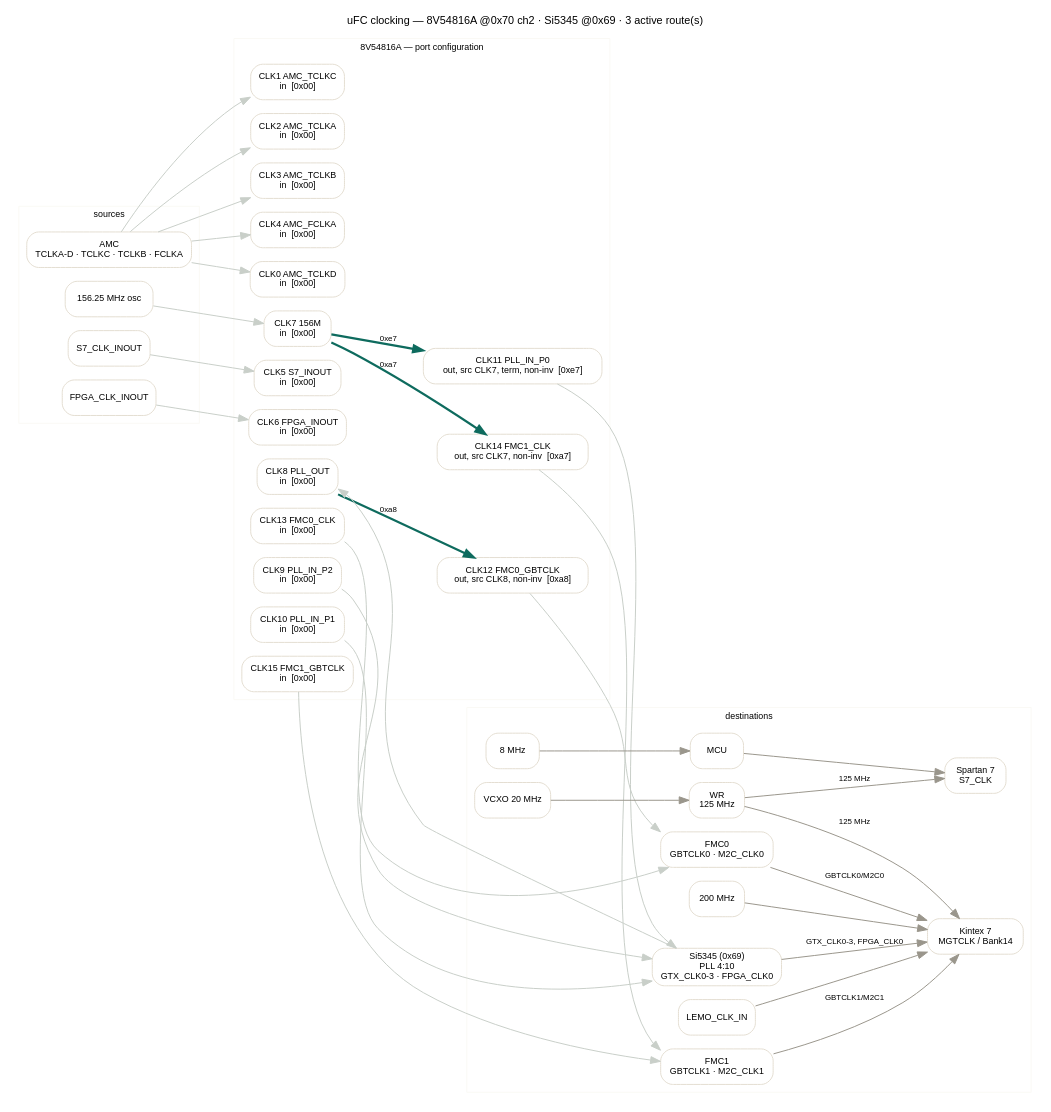
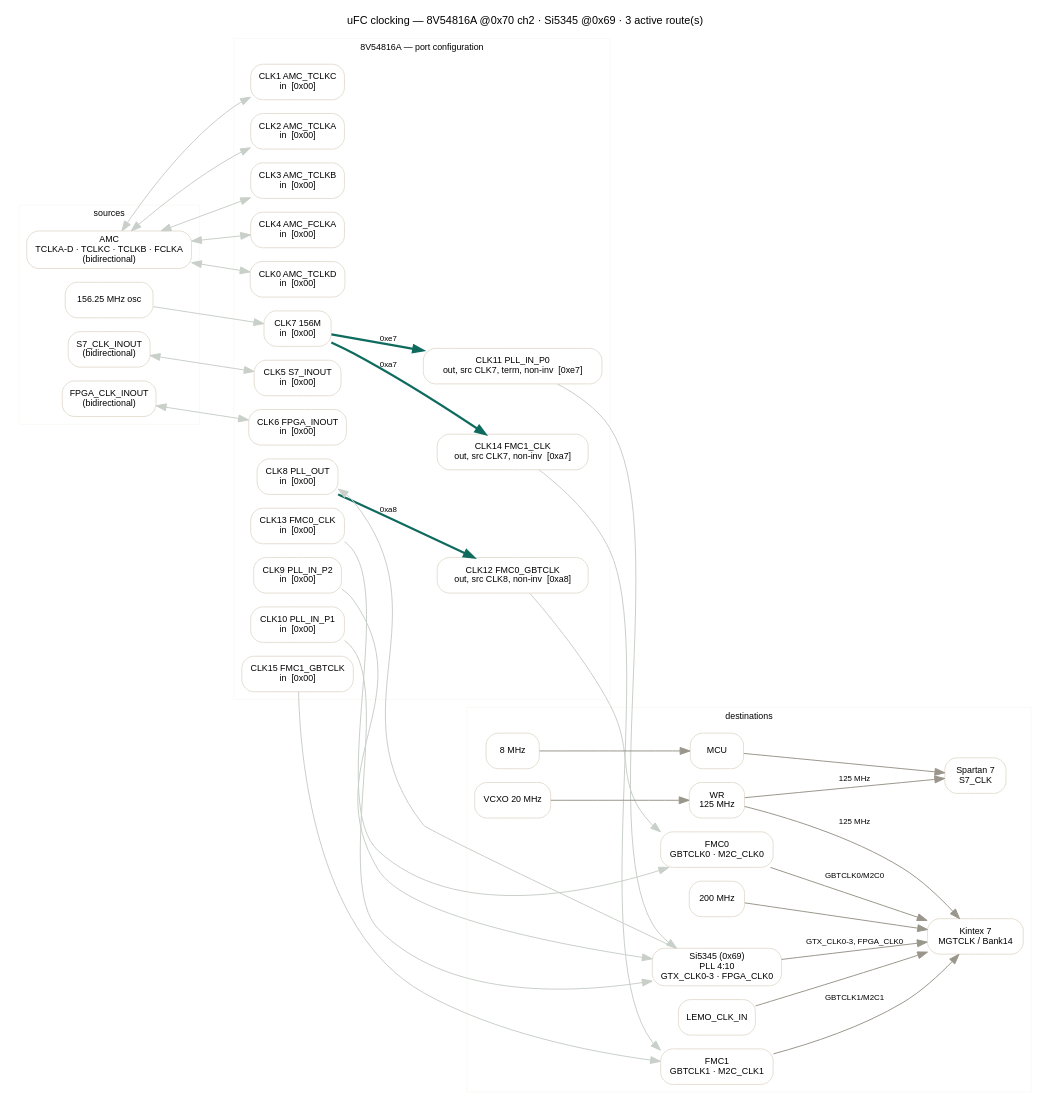
Before and after one commit to palzhj/openMMC_uFC: the diagram in docs/clocking.dot, drawn with Graphviz. The commit also changed 4 other files, not shown here.

First line of the commit message:
clock: AMC TCLK/FCLK and S7/FPGA_INOUT are bidirectional

```diff
--- a/docs/clocking.dot
+++ b/docs/clocking.dot
@@ -1,86 +1,91 @@
 digraph clocking {
   rankdir=LR;
   graph [fontname="Helvetica", nodesep=0.2, ranksep=0.7, compound=true,         label="uFC clocking — 8V54816A @0x70 ch2 · Si5345 @0x69 · 3 active route(s)",         labelloc="t", fontsize=11];
   node [shape=box, style="rounded,filled", fillcolor="#FFFFFF",
         color="#E4DED2", fontname="Helvetica", fontsize=9];
   edge [color="#9A968C", fontname="Helvetica", fontsize=8];
   subgraph cluster_src { label="sources"; fontsize=9; color="#FAF9F5";
     AMC [label="AMC
-TCLKA-D · TCLKC · TCLKB · FCLKA"]; OSC [label="156.25 MHz osc"];
-    S7IN [label="S7_CLK_INOUT"]; FPGAIN [label="FPGA_CLK_INOUT"]; }
+TCLKA-D · TCLKC · TCLKB · FCLKA
+(bidirectional)"];
+    OSC [label="156.25 MHz osc"];
+    S7IN [label="S7_CLK_INOUT
+(bidirectional)"];
+    FPGAIN [label="FPGA_CLK_INOUT
+(bidirectional)"]; }
   subgraph cluster_mux { label="8V54816A — port configuration";
         fontsize=9; color="#FAF9F5";
     n0 [label="CLK0 AMC_TCLKD
 in  [0x00]"];
     n1 [label="CLK1 AMC_TCLKC
 in  [0x00]"];
     n2 [label="CLK2 AMC_TCLKA
 in  [0x00]"];
     n3 [label="CLK3 AMC_TCLKB
 in  [0x00]"];
     n4 [label="CLK4 AMC_FCLKA
 in  [0x00]"];
     n5 [label="CLK5 S7_INOUT
 in  [0x00]"];
     n6 [label="CLK6 FPGA_INOUT
 in  [0x00]"];
     n7 [label="CLK7 156M
 in  [0x00]"];
     n8 [label="CLK8 PLL_OUT
 in  [0x00]"];
     n9 [label="CLK9 PLL_IN_P2
 in  [0x00]"];
     n10 [label="CLK10 PLL_IN_P1
 in  [0x00]"];
     n11 [label="CLK11 PLL_IN_P0
 out, src CLK7, term, non-inv  [0xe7]"];
     n12 [label="CLK12 FMC0_GBTCLK
 out, src CLK8, non-inv  [0xa8]"];
     n13 [label="CLK13 FMC0_CLK
 in  [0x00]"];
     n14 [label="CLK14 FMC1_CLK
 out, src CLK7, non-inv  [0xa7]"];
     n15 [label="CLK15 FMC1_GBTCLK
 in  [0x00]"];
   }
   subgraph cluster_dst { label="destinations"; fontsize=9; color="#FAF9F5";
     SI [label="Si5345 (0x69)
 PLL 4:10
 GTX_CLK0-3 · FPGA_CLK0"];
     FMC0 [label="FMC0
 GBTCLK0 · M2C_CLK0"];
     FMC1 [label="FMC1
 GBTCLK1 · M2C_CLK1"];
     S7 [label="Spartan 7
 S7_CLK"]; K7 [label="Kintex 7
 MGTCLK / Bank14"];
     WR [label="WR
 125 MHz"];
     VCXO [label="VCXO 20 MHz"]; OSC8 [label="8 MHz"]; MCU [label="MCU"];
     OSC200 [label="200 MHz"]; LEMO [label="LEMO_CLK_IN"]; }
-  AMC -> n0 [color="#C9CFC9"];
-  AMC -> n1 [color="#C9CFC9"];
-  AMC -> n2 [color="#C9CFC9"];
-  AMC -> n3 [color="#C9CFC9"];
-  AMC -> n4 [color="#C9CFC9"];
-  S7IN -> n5 [color="#C9CFC9"];
-  FPGAIN -> n6 [color="#C9CFC9"];
+  AMC -> n0 [color="#C9CFC9", dir="both"];
+  AMC -> n1 [color="#C9CFC9", dir="both"];
+  AMC -> n2 [color="#C9CFC9", dir="both"];
+  AMC -> n3 [color="#C9CFC9", dir="both"];
+  AMC -> n4 [color="#C9CFC9", dir="both"];
+  S7IN -> n5 [color="#C9CFC9", dir="both"];
+  FPGAIN -> n6 [color="#C9CFC9", dir="both"];
   OSC -> n7 [color="#C9CFC9"];
   SI -> n8 [color="#C9CFC9"];
   n9 -> SI [color="#C9CFC9"];
   n10 -> SI [color="#C9CFC9"];
   n11 -> SI [color="#C9CFC9"];
   n12 -> FMC0 [color="#C9CFC9"];
   n13 -> FMC0 [color="#C9CFC9"];
   n14 -> FMC1 [color="#C9CFC9"];
   n15 -> FMC1 [color="#C9CFC9"];
   SI -> K7 [label="GTX_CLK0-3, FPGA_CLK0"];
   SI -> SI [style=invis];
   FMC0 -> K7 [label="GBTCLK0/M2C0"];
   FMC1 -> K7 [label="GBTCLK1/M2C1"];
   WR -> S7 [label="125 MHz"]; WR -> K7 [label="125 MHz"];
   VCXO -> WR; OSC8 -> MCU; MCU -> S7; OSC200 -> K7; LEMO -> K7;
   n7 -> n11 [label="0xe7", color="#0E6B5E", penwidth=2.2];
   n8 -> n12 [label="0xa8", color="#0E6B5E", penwidth=2.2];
   n7 -> n14 [label="0xa7", color="#0E6B5E", penwidth=2.2];
 }
```
